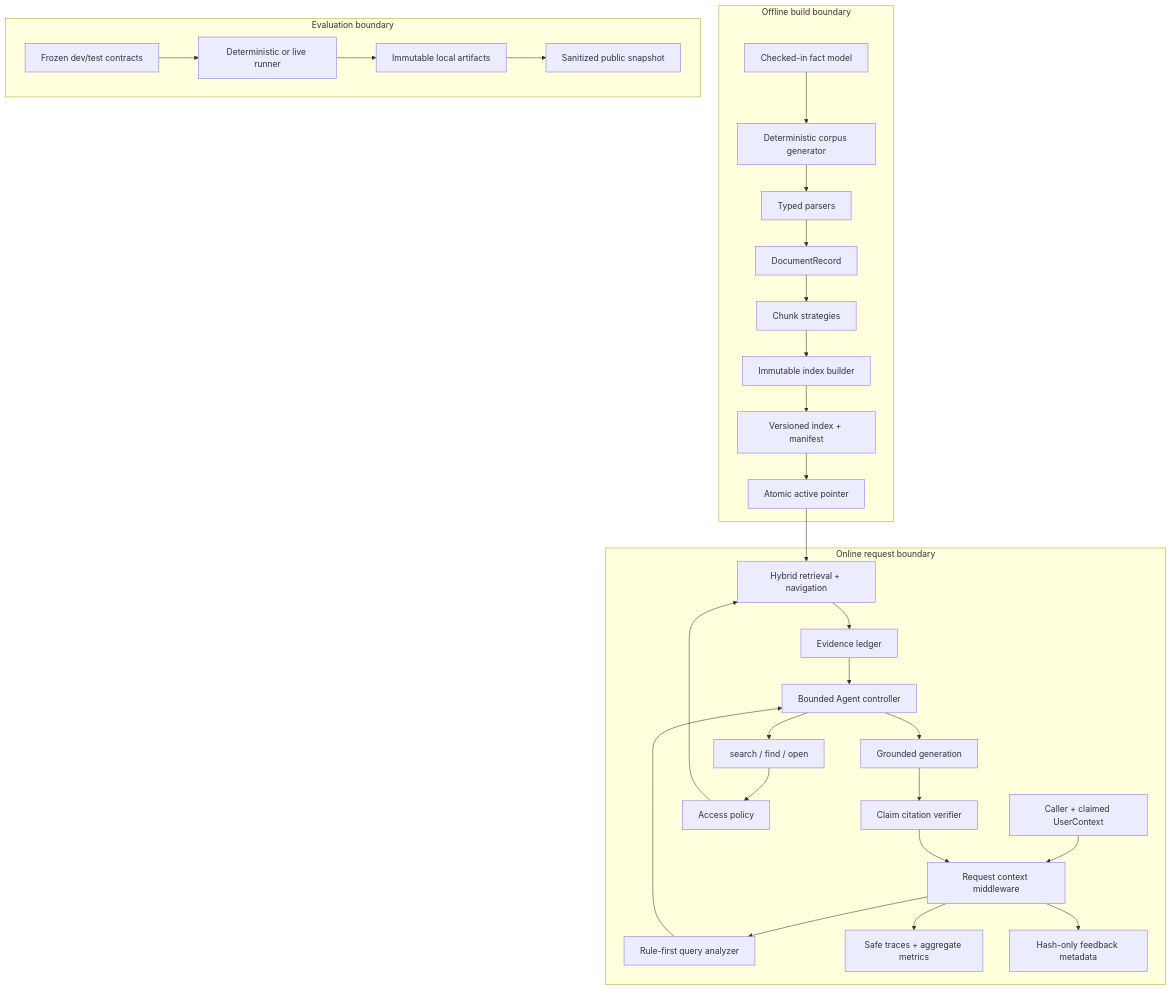
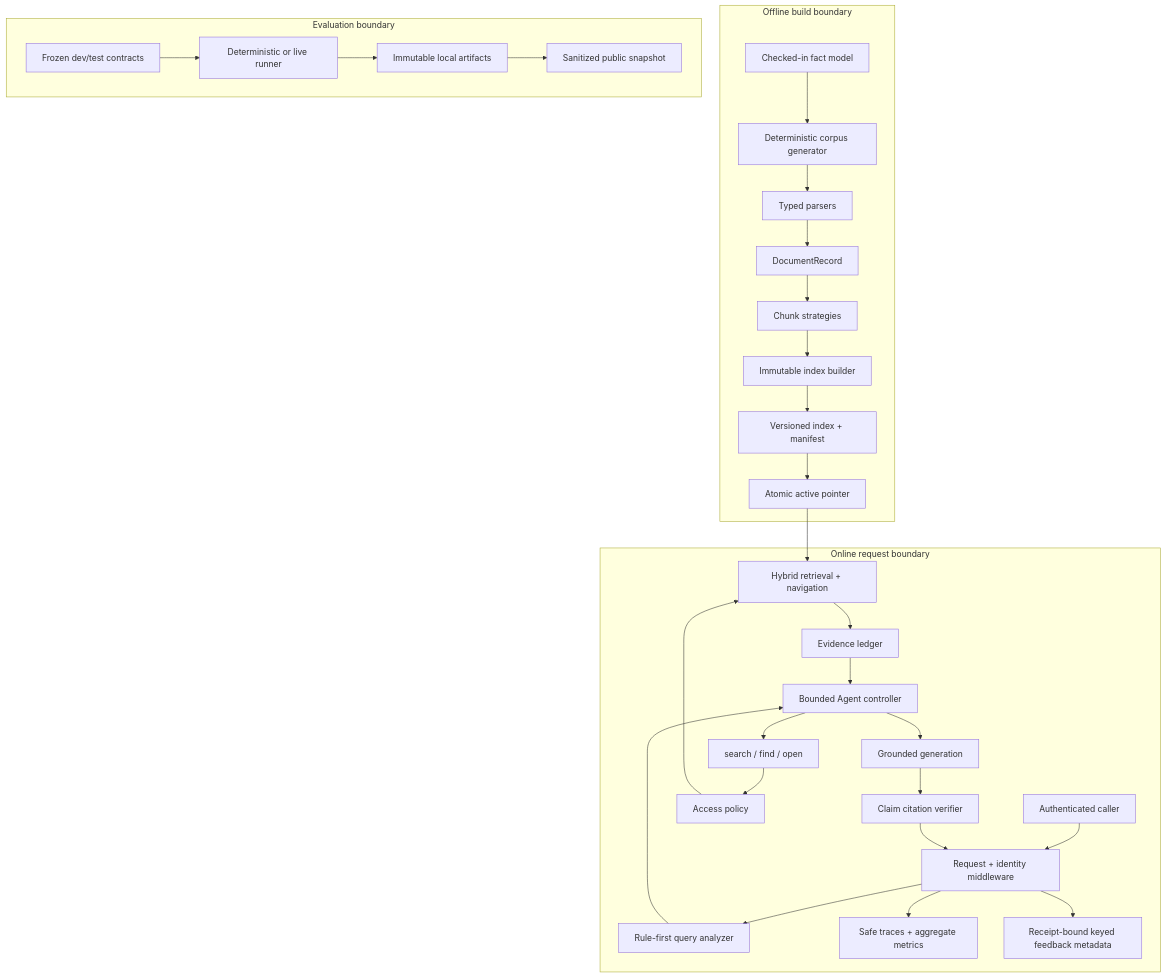
One commit to godofxuan/Attempt-of-enterprise-rag-copilot changed the second of 3 diagrams in docs/architecture.md. Above: the diagram before and after it, drawn with Mermaid. The commit also changed other lines of this file and 87 other files, not shown here.

````diff
--- a/docs/architecture.md
+++ b/docs/architecture.md
@@ -9,35 +56,35 @@
 ```mermaid
 flowchart TB
     subgraph Build["Offline build boundary"]
         F["Checked-in fact model"] --> CG["Deterministic corpus generator"]
         CG --> P["Typed parsers"]
         P --> D["DocumentRecord"]
         D --> CH["Chunk strategies"]
         CH --> IB["Immutable index builder"]
         IB --> IV["Versioned index + manifest"]
         IV --> AP["Atomic active pointer"]
     end
 
     subgraph Runtime["Online request boundary"]
-        Caller["Caller + claimed UserContext"] --> MW["Request context middleware"]
+        Caller["Authenticated caller"] --> MW["Request + identity middleware"]
         MW --> QA["Rule-first query analyzer"]
         QA --> CTL["Bounded Agent controller"]
         CTL --> Tools["search / find / open"]
         Tools --> ACL["Access policy"]
         ACL --> RET["Hybrid retrieval + navigation"]
         AP --> RET
         RET --> LED["Evidence ledger"]
         LED --> CTL
         CTL --> GEN["Grounded generation"]
         GEN --> CIT["Claim citation verifier"]
         CIT --> MW
         MW --> OBS["Safe traces + aggregate metrics"]
-        MW --> FB["Hash-only feedback metadata"]
+        MW --> FB["Receipt-bound keyed feedback metadata"]
     end
 
     subgraph Evidence["Evaluation boundary"]
         EV["Frozen dev/test contracts"] --> RUN["Deterministic or live runner"]
         RUN --> ART["Immutable local artifacts"]
         ART --> PUB["Sanitized public snapshot"]
     end
 ```
````
